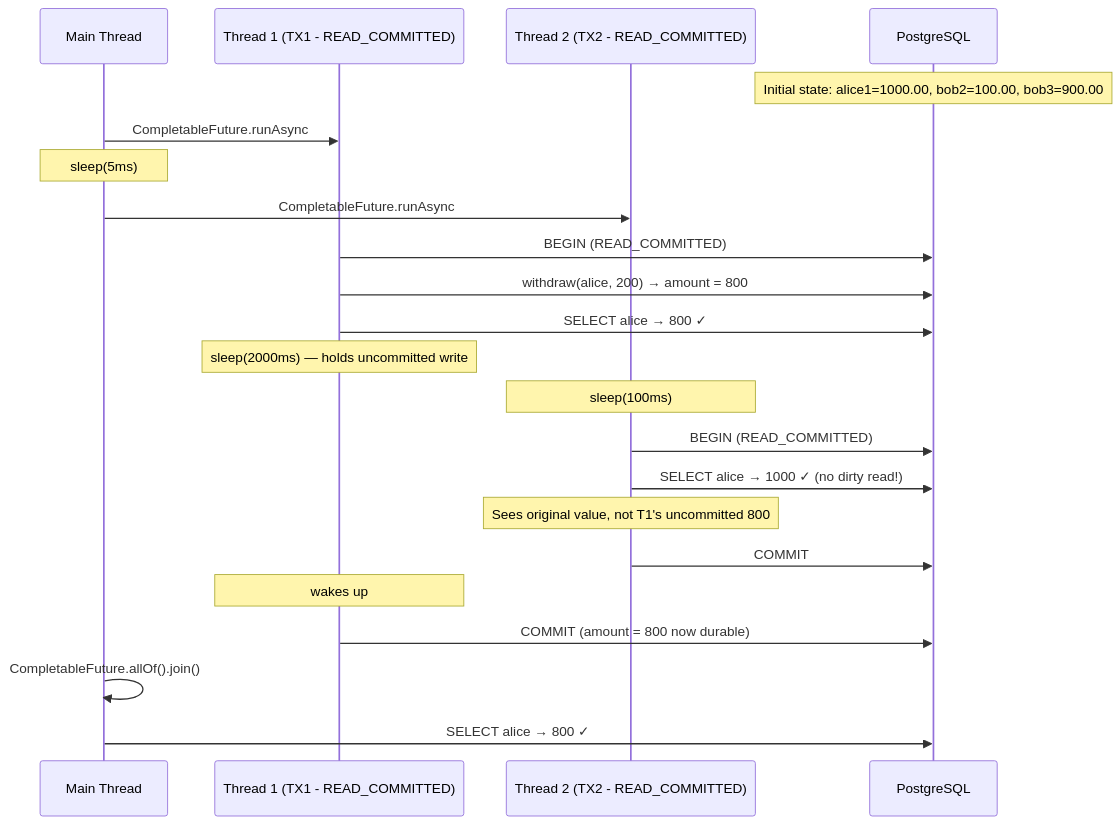
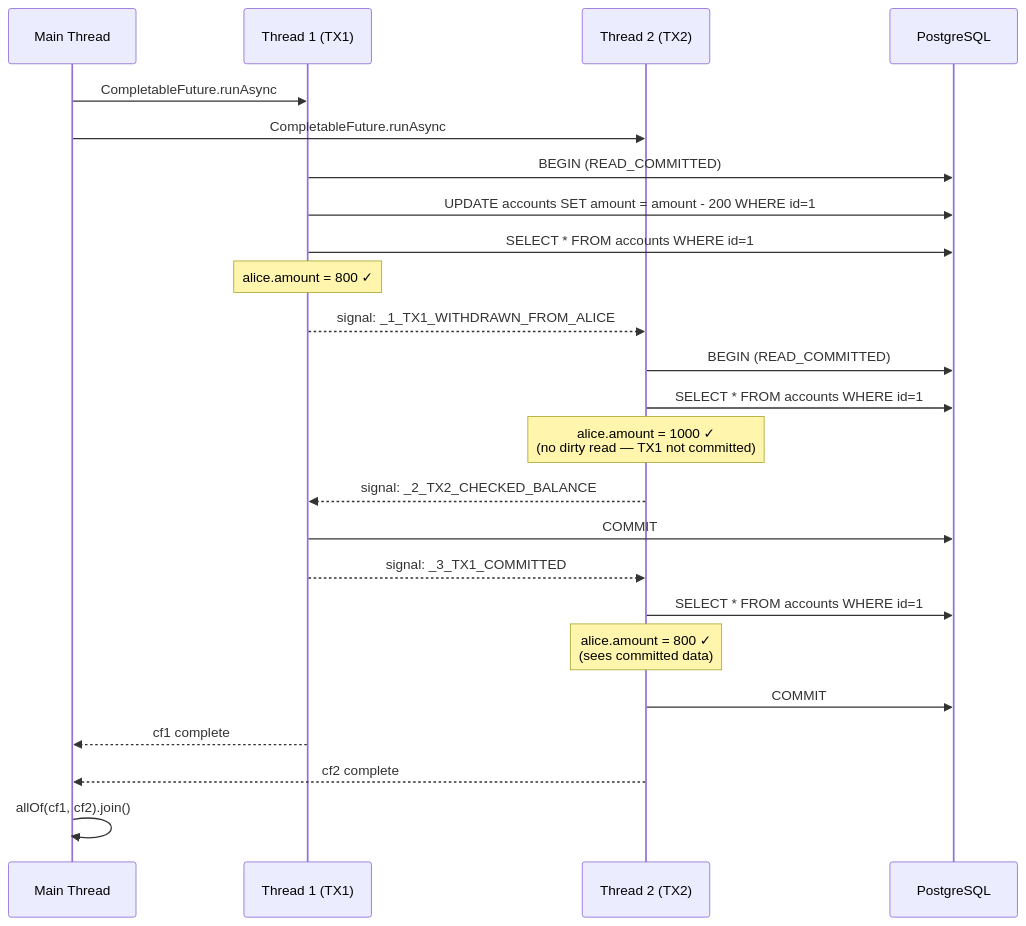
One commit to vcvitaly/toolplayground changed the first of 3 diagrams in isolation-playground/src/test/java/io/github/vcvitaly/isolationplayground/readcomitted/desc.md. Above: the diagram before and after it, drawn with Mermaid. The commit also changed 1 other file, not shown here.

Commit message:
Refactor no dirty reads test

````diff
--- a/isolation-playground/src/test/java/io/github/vcvitaly/isolationplayground/readcomitted/desc.md
+++ b/isolation-playground/src/test/java/io/github/vcvitaly/isolationplayground/readcomitted/desc.md
@@ -2,30 +2,32 @@
 ```mermaid
 sequenceDiagram
     participant Main as Main Thread
-    participant T1 as Thread 1 (TX1 - READ_COMMITTED)
-    participant T2 as Thread 2 (TX2 - READ_COMMITTED)
+    participant T1 as Thread 1 (TX1)
+    participant T2 as Thread 2 (TX2)
     participant DB as PostgreSQL
 
-    Note over DB: Initial state: alice1=1000.00, bob2=100.00, bob3=900.00
-
     Main->>T1: CompletableFuture.runAsync
-    Note over Main: sleep(5ms)
     Main->>T2: CompletableFuture.runAsync
 
     T1->>DB: BEGIN (READ_COMMITTED)
-    T1->>DB: withdraw(alice, 200) → amount = 800
-    T1->>DB: SELECT alice → 800 ✓
-    Note over T1: sleep(2000ms) — holds uncommitted write
+    T1->>DB: UPDATE accounts SET amount = amount - 200 WHERE id=1
+    T1->>DB: SELECT * FROM accounts WHERE id=1
+    Note over T1: alice.amount = 800 ✓
+    T1-->>T2: signal: _1_TX1_WITHDRAWN_FROM_ALICE
 
-    Note over T2: sleep(100ms)
     T2->>DB: BEGIN (READ_COMMITTED)
-    T2->>DB: SELECT alice → 1000 ✓ (no dirty read!)
-    Note over T2: Sees original value, not T1's uncommitted 800
+    T2->>DB: SELECT * FROM accounts WHERE id=1
+    Note over T2: alice.amount = 1000 ✓<br/>(no dirty read — TX1 not committed)
+    T2-->>T1: signal: _2_TX2_CHECKED_BALANCE
+
+    T1->>DB: COMMIT
+    T1-->>T2: signal: _3_TX1_COMMITTED
+
+    T2->>DB: SELECT * FROM accounts WHERE id=1
+    Note over T2: alice.amount = 800 ✓<br/>(sees committed data)
     T2->>DB: COMMIT
 
-    Note over T1: wakes up
-    T1->>DB: COMMIT (amount = 800 now durable)
-
-    Main->>Main: CompletableFuture.allOf().join()
-    Main->>DB: SELECT alice → 800 ✓
+    T1-->>Main: cf1 complete
+    T2-->>Main: cf2 complete
+    Main->>Main: allOf(cf1, cf2).join()
 ```
````
